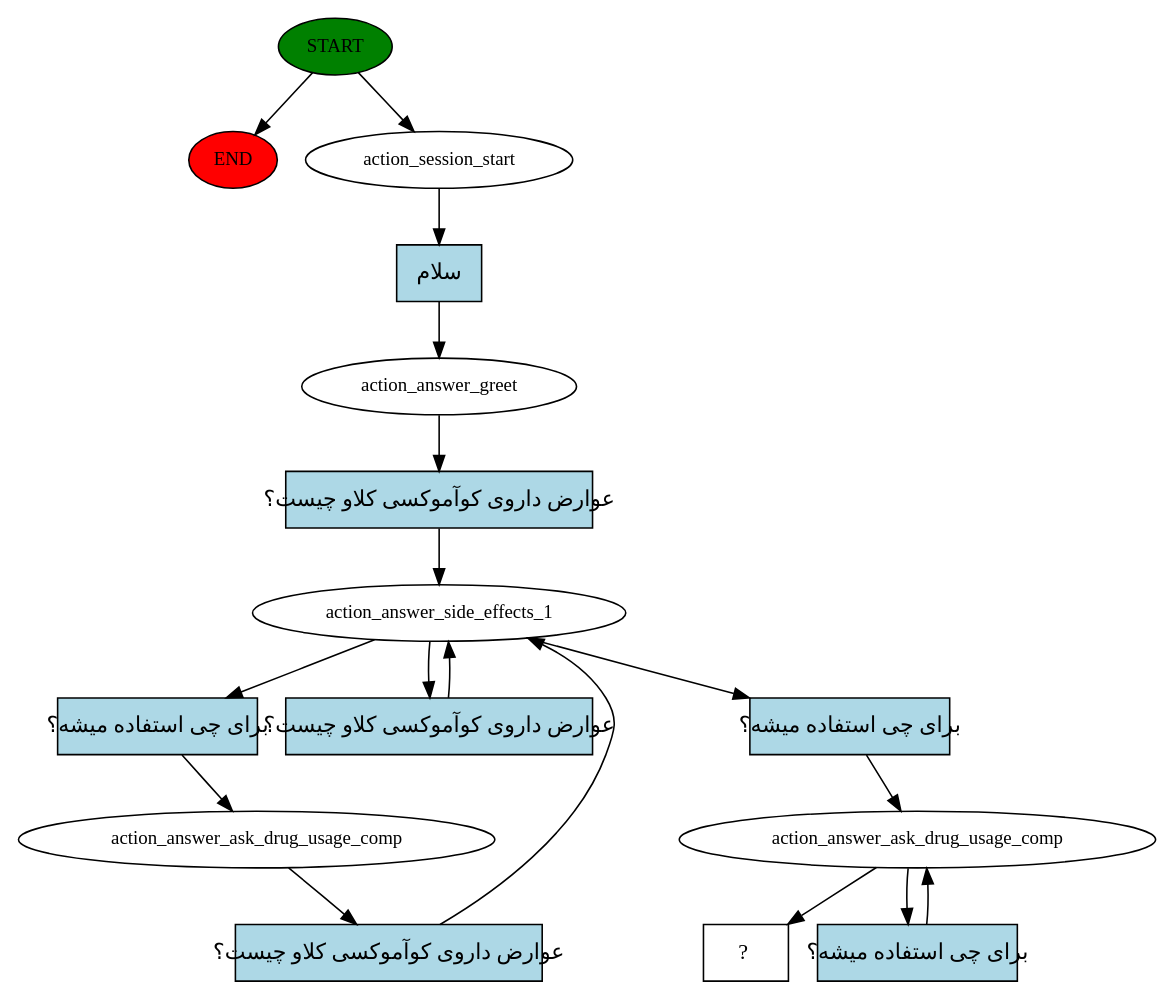
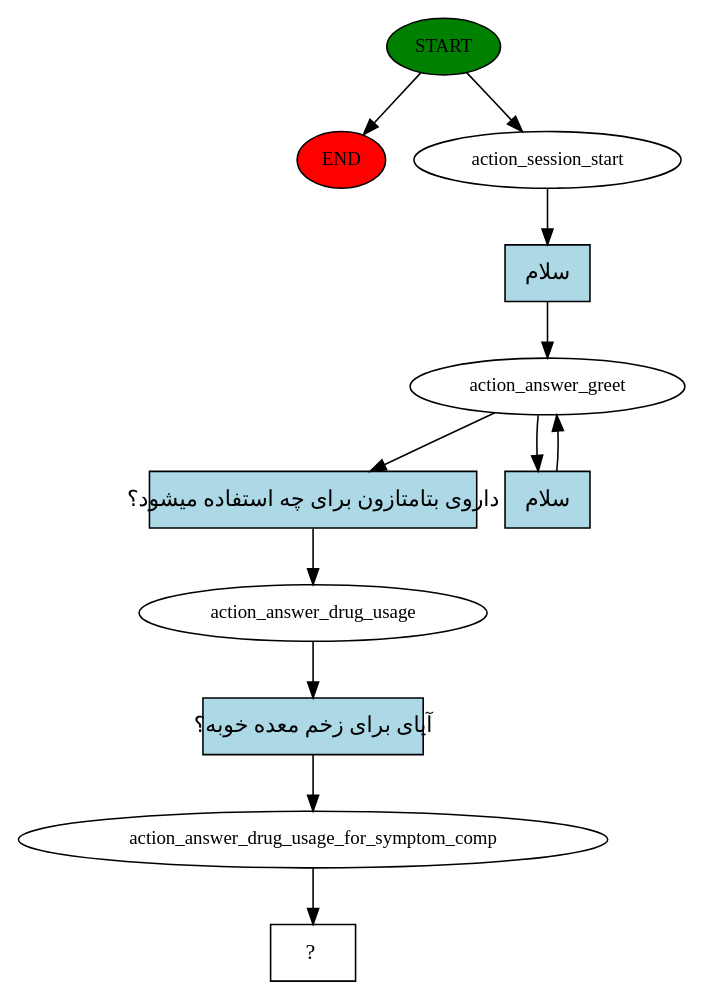
Before and after one commit to APKNOOBCODER/Hamtech_Rasa: the diagram in story_graph.dot, drawn with Graphviz. The commit also changed 4 other files, not shown here.

```diff
--- a/story_graph.dot
+++ b/story_graph.dot
@@ -1,34 +1,24 @@
 digraph  {
 0 [class="start active", fillcolor=green, fontsize=12, label=START, style=filled];
 "-1" [class=end, fillcolor=red, fontsize=12, label=END, style=filled];
 1 [class=active, fontsize=12, label=action_session_start];
 2 [class=active, fontsize=12, label=action_answer_greet];
-3 [class=active, fontsize=12, label=action_answer_side_effects_1];
-5 [class=active, fontsize=12, label=action_answer_ask_drug_usage_comp];
-8 [class=active, fontsize=12, label=action_answer_ask_drug_usage_comp];
-10 [class="intent dashed active", label="  ?  ", shape=rect];
-11 [class="intent active", fillcolor=lightblue, label="سلام", shape=rect, style=filled];
-12 [class="intent active", fillcolor=lightblue, label="عوارض داروی کوآموکسی کلاو چیست؟", shape=rect, style=filled];
-13 [class="intent active", fillcolor=lightblue, label="برای چی استفاده میشه؟", shape=rect, style=filled];
-14 [class="intent active", fillcolor=lightblue, label="عوارض داروی کوآموکسی کلاو چیست؟", shape=rect, style=filled];
-15 [class="intent active", fillcolor=lightblue, label="برای چی استفاده میشه؟", shape=rect, style=filled];
-16 [class="intent active", fillcolor=lightblue, label="عوارض داروی کوآموکسی کلاو چیست؟", shape=rect, style=filled];
-17 [class="intent active", fillcolor=lightblue, label="برای چی استفاده میشه؟", shape=rect, style=filled];
+4 [class=active, fontsize=12, label=action_answer_drug_usage];
+5 [class=active, fontsize=12, label=action_answer_drug_usage_for_symptom_comp];
+6 [class="intent dashed active", label="  ?  ", shape=rect];
+7 [class="intent active", fillcolor=lightblue, label="سلام", shape=rect, style=filled];
+8 [class="intent active", fillcolor=lightblue, label="داروی بتامتازون برای چه استفاده میشود؟", shape=rect, style=filled];
+9 [class="intent active", fillcolor=lightblue, label="سلام", shape=rect, style=filled];
+10 [class="intent active", fillcolor=lightblue, label="آیای برای زخم معده خوبه؟", shape=rect, style=filled];
 0 -> "-1"  [class="", key=NONE, label=""];
 0 -> 1  [class=active, key=NONE, label=""];
-1 -> 11  [class=active, key=0];
-2 -> 12  [class=active, key=0];
-3 -> 13  [class=active, key=0];
-3 -> 14  [class=active, key=0];
-3 -> 15  [class=active, key=0];
-5 -> 16  [class=active, key=0];
-8 -> 10  [class=active, key=NONE, label=""];
-8 -> 17  [class=active, key=0];
-11 -> 2  [class=active, key=0];
-12 -> 3  [class=active, key=0];
-13 -> 5  [class=active, key=0];
-14 -> 3  [class=active, key=0];
-15 -> 8  [class=active, key=0];
-16 -> 3  [class=active, key=0];
-17 -> 8  [class=active, key=0];
+1 -> 7  [class=active, key=0];
+2 -> 8  [class=active, key=0];
+2 -> 9  [class=active, key=0];
+4 -> 10  [class=active, key=0];
+5 -> 6  [class=active, key=NONE, label=""];
+7 -> 2  [class=active, key=0];
+8 -> 4  [class=active, key=0];
+9 -> 2  [class=active, key=0];
+10 -> 5  [class=active, key=0];
 }
```
